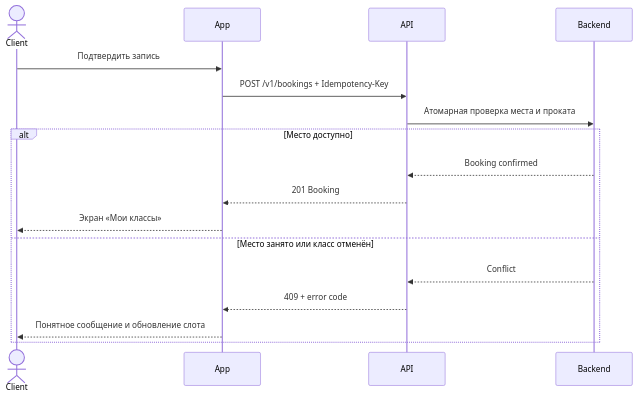
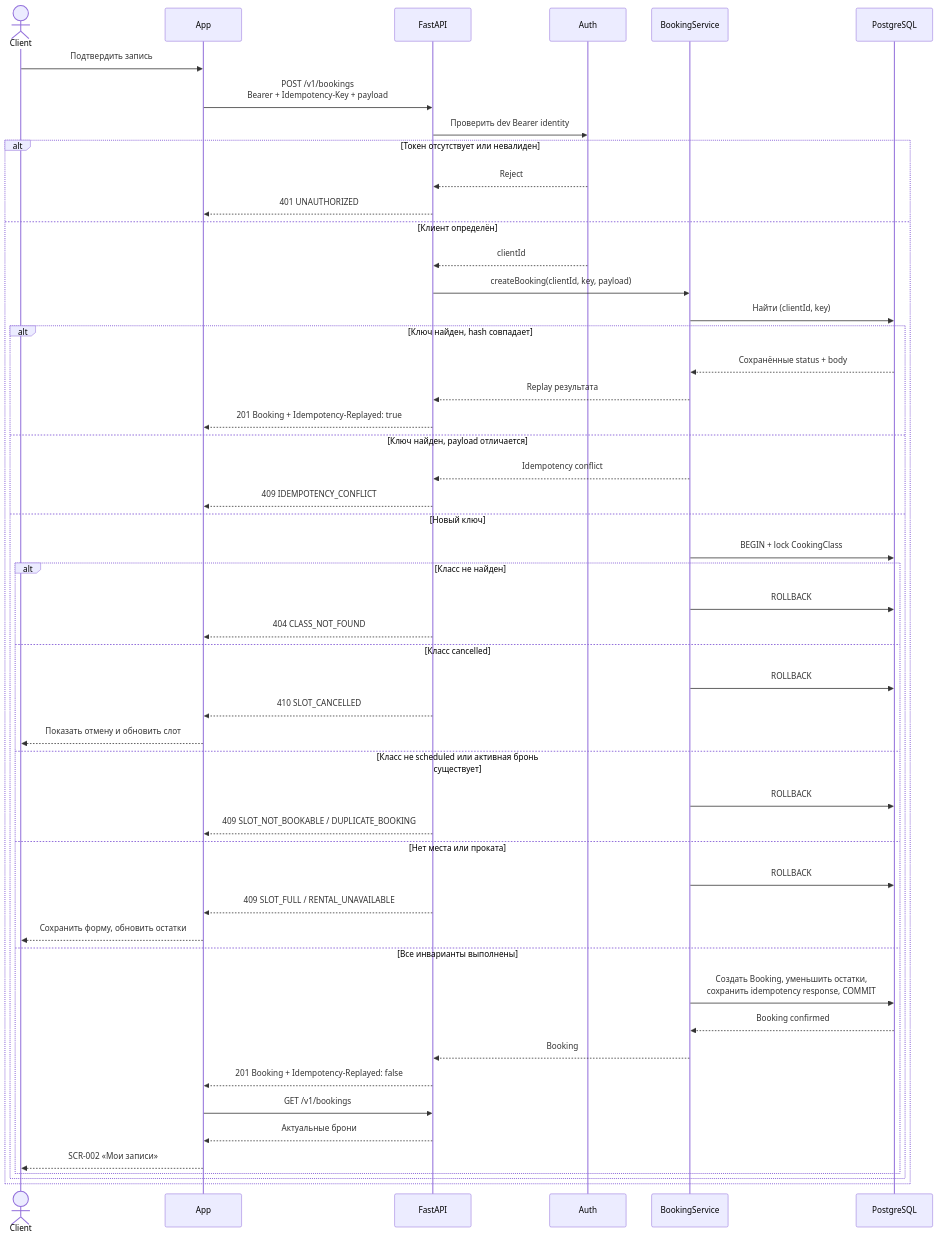
Before and after one commit to Dockstage/chef-table-app: the first of 2 diagrams in docs/02-design/api-sequence.md, drawn with Mermaid. The commit also changed other lines of this file and 11 other files, not shown here.

````diff
--- a/docs/02-design/api-sequence.md
+++ b/docs/02-design/api-sequence.md
@@ -5,19 +7,54 @@
 ```mermaid
 sequenceDiagram
     actor Client
     participant App
-    participant API
-    participant Backend
+    participant API as FastAPI
+    participant Auth
+    participant Service as BookingService
+    participant DB as PostgreSQL
+
     Client->>App: Подтвердить запись
-    App->>API: POST /v1/bookings + Idempotency-Key
-    API->>Backend: Атомарная проверка места и проката
-    alt Место доступно
-      Backend-->>API: Booking confirmed
-      API-->>App: 201 Booking
-      App-->>Client: Экран «Мои классы»
-    else Место занято или класс отменён
-      Backend-->>API: Conflict
-      API-->>App: 409 + error code
-      App-->>Client: Понятное сообщение и обновление слота
+    App->>API: POST /v1/bookings<br/>Bearer + Idempotency-Key + payload
+    API->>Auth: Проверить dev Bearer identity
+    alt Токен отсутствует или невалиден
+        Auth-->>API: Reject
+        API-->>App: 401 UNAUTHORIZED
+    else Клиент определён
+        Auth-->>API: clientId
+        API->>Service: createBooking(clientId, key, payload)
+        Service->>DB: Найти (clientId, key)
+        alt Ключ найден, hash совпадает
+            DB-->>Service: Сохранённые status + body
+            Service-->>API: Replay результата
+            API-->>App: 201 Booking + Idempotency-Replayed: true
+        else Ключ найден, payload отличается
+            Service-->>API: Idempotency conflict
+            API-->>App: 409 IDEMPOTENCY_CONFLICT
+        else Новый ключ
+            Service->>DB: BEGIN + lock CookingClass
+            alt Класс не найден
+                Service->>DB: ROLLBACK
+                API-->>App: 404 CLASS_NOT_FOUND
+            else Класс cancelled
+                Service->>DB: ROLLBACK
+                API-->>App: 410 SLOT_CANCELLED
+                App-->>Client: Показать отмену и обновить слот
+            else Класс не scheduled или активная бронь существует
+                Service->>DB: ROLLBACK
+                API-->>App: 409 SLOT_NOT_BOOKABLE / DUPLICATE_BOOKING
+            else Нет места или проката
+                Service->>DB: ROLLBACK
+                API-->>App: 409 SLOT_FULL / RENTAL_UNAVAILABLE
+                App-->>Client: Сохранить форму, обновить остатки
+            else Все инварианты выполнены
+                Service->>DB: Создать Booking, уменьшить остатки,<br/>сохранить idempotency response, COMMIT
+                DB-->>Service: Booking confirmed
+                Service-->>API: Booking
+                API-->>App: 201 Booking + Idempotency-Replayed: false
+                App->>API: GET /v1/bookings
+                API-->>App: Актуальные брони
+                App-->>Client: SCR-002 «Мои записи»
+            end
+        end
     end
 ```
````
